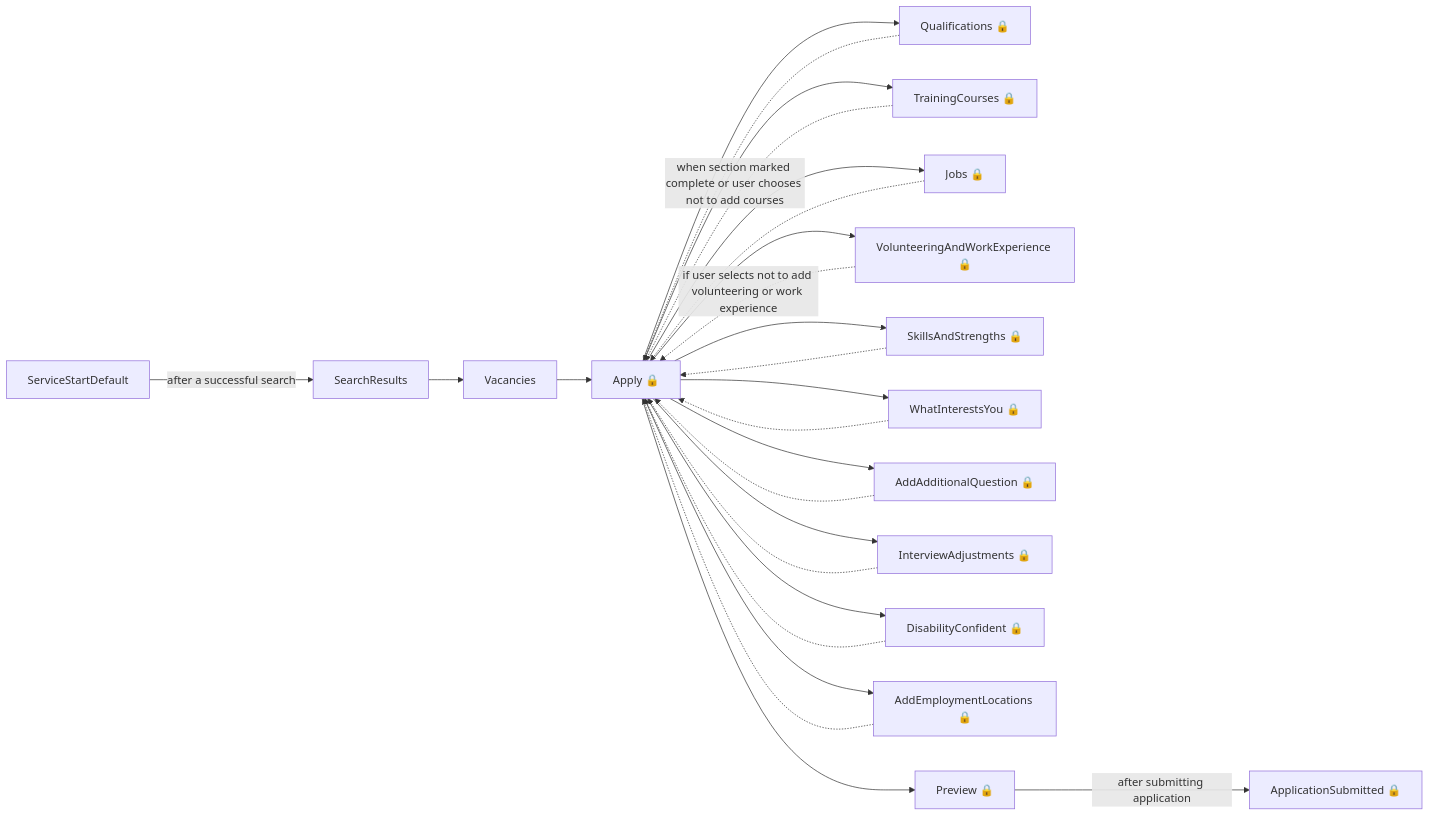
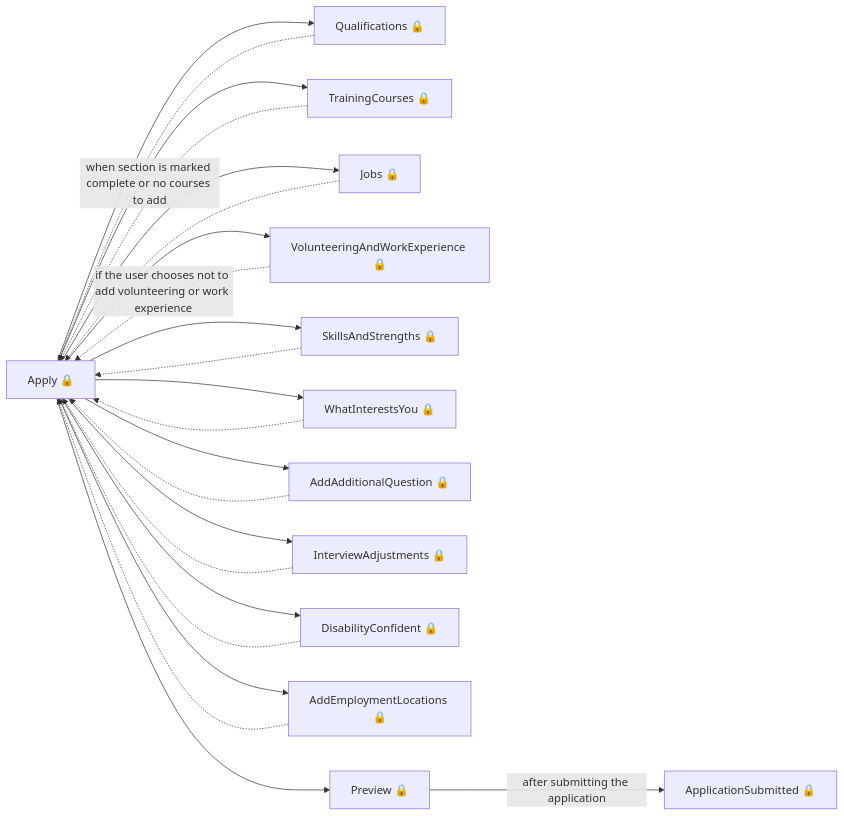
Before and after one commit to talentconsulting/atlas-dfe: the second of 8 diagrams in das-findapprenticeship-web/user-journeys/user-journeys.md, drawn with Mermaid. The commit also changed other lines of this file and 22 other files, not shown here.

````diff
--- a/das-findapprenticeship-web/user-journeys/user-journeys.md
+++ b/das-findapprenticeship-web/user-journeys/user-journeys.md
@@ -11,28 +22,25 @@
 ```mermaid
 flowchart LR
-  p0["ServiceStartDefault"] -->|"after a successful search"| p1["SearchResults"]
-  p1["SearchResults"] --> p2["Vacancies"]
-  p2["Vacancies"] --> p3["Apply 🔒"]
-  p3["Apply 🔒"] --> p4["Qualifications 🔒"]
-  p4["Qualifications 🔒"] -.-> p3["Apply 🔒"]
-  p3["Apply 🔒"] --> p5["TrainingCourses 🔒"]
-  p5["TrainingCourses 🔒"] -.->|"when section marked complete or user chooses not to add courses"| p3["Apply 🔒"]
-  p3["Apply 🔒"] --> p6["Jobs 🔒"]
-  p6["Jobs 🔒"] -.-> p3["Apply 🔒"]
-  p3["Apply 🔒"] --> p7["VolunteeringAndWorkExperience 🔒"]
-  p7["VolunteeringAndWorkExperience 🔒"] -.->|"if user selects not to add volunteering or work experience"| p3["Apply 🔒"]
-  p3["Apply 🔒"] --> p8["SkillsAndStrengths 🔒"]
-  p8["SkillsAndStrengths 🔒"] -.-> p3["Apply 🔒"]
-  p3["Apply 🔒"] --> p9["WhatInterestsYou 🔒"]
-  p9["WhatInterestsYou 🔒"] -.-> p3["Apply 🔒"]
-  p3["Apply 🔒"] --> p10["AddAdditionalQuestion 🔒"]
-  p10["AddAdditionalQuestion 🔒"] -.-> p3["Apply 🔒"]
-  p3["Apply 🔒"] --> p11["InterviewAdjustments 🔒"]
-  p11["InterviewAdjustments 🔒"] -.-> p3["Apply 🔒"]
-  p3["Apply 🔒"] --> p12["DisabilityConfident 🔒"]
-  p12["DisabilityConfident 🔒"] -.-> p3["Apply 🔒"]
-  p3["Apply 🔒"] --> p13["AddEmploymentLocations 🔒"]
-  p13["AddEmploymentLocations 🔒"] -.-> p3["Apply 🔒"]
-  p3["Apply 🔒"] --> p14["Preview 🔒"]
-  p14["Preview 🔒"] -->|"after submitting application"| p15["ApplicationSubmitted 🔒"]
+  p0["Apply 🔒"] --> p1["Qualifications 🔒"]
+  p1["Qualifications 🔒"] -.-> p0["Apply 🔒"]
+  p0["Apply 🔒"] --> p2["TrainingCourses 🔒"]
+  p2["TrainingCourses 🔒"] -.->|"when section is marked complete or no courses to add"| p0["Apply 🔒"]
+  p0["Apply 🔒"] --> p3["Jobs 🔒"]
+  p3["Jobs 🔒"] -.-> p0["Apply 🔒"]
+  p0["Apply 🔒"] --> p4["VolunteeringAndWorkExperience 🔒"]
+  p4["VolunteeringAndWorkExperience 🔒"] -.->|"if the user chooses not to add volunteering or work experience"| p0["Apply 🔒"]
+  p0["Apply 🔒"] --> p5["SkillsAndStrengths 🔒"]
+  p5["SkillsAndStrengths 🔒"] -.-> p0["Apply 🔒"]
+  p0["Apply 🔒"] --> p6["WhatInterestsYou 🔒"]
+  p6["WhatInterestsYou 🔒"] -.-> p0["Apply 🔒"]
+  p0["Apply 🔒"] --> p7["AddAdditionalQuestion 🔒"]
+  p7["AddAdditionalQuestion 🔒"] -.-> p0["Apply 🔒"]
+  p0["Apply 🔒"] --> p8["InterviewAdjustments 🔒"]
+  p8["InterviewAdjustments 🔒"] -.-> p0["Apply 🔒"]
+  p0["Apply 🔒"] --> p9["DisabilityConfident 🔒"]
+  p9["DisabilityConfident 🔒"] -.-> p0["Apply 🔒"]
+  p0["Apply 🔒"] --> p10["AddEmploymentLocations 🔒"]
+  p10["AddEmploymentLocations 🔒"] -.-> p0["Apply 🔒"]
+  p0["Apply 🔒"] --> p11["Preview 🔒"]
+  p11["Preview 🔒"] -->|"after submitting the application"| p12["ApplicationSubmitted 🔒"]
 ```
````
